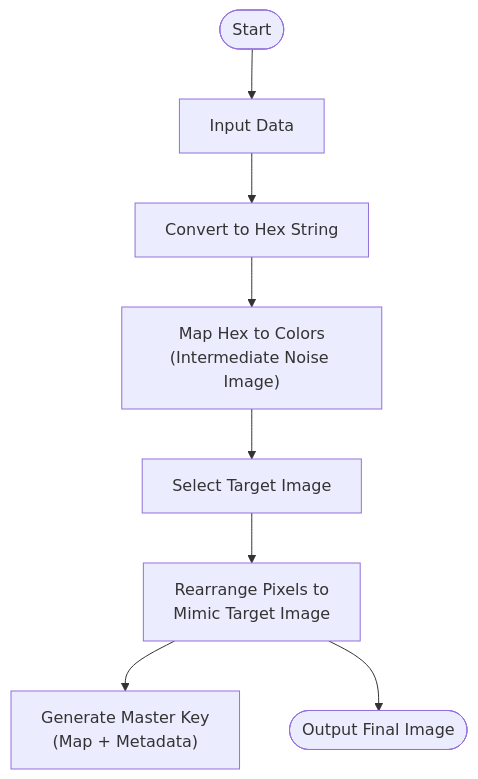
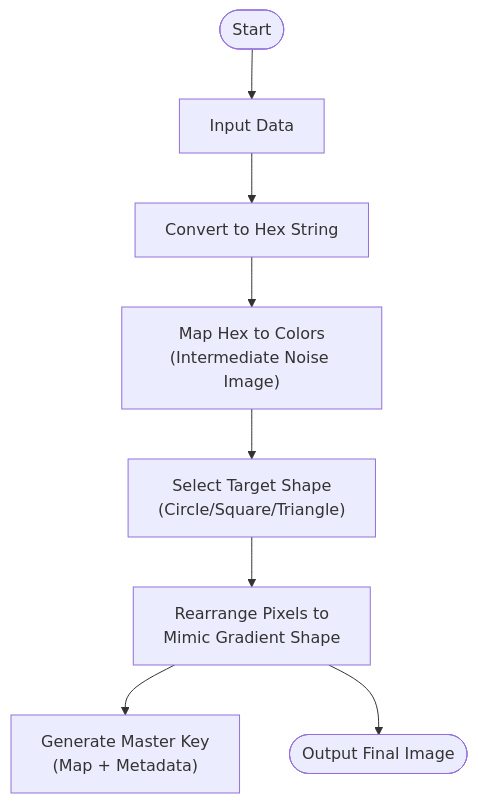
Before and after one commit to shadowforce78/VisualEncryption: the first of 2 diagrams in PoC.md, drawn with Mermaid. The commit also changed other lines of this file, not shown here.

````diff
--- a/PoC.md
+++ b/PoC.md
@@ -11,10 +11,10 @@
 ```mermaid
 flowchart TD
     A([Start]) --> B[Input Data]
     B --> C[Convert to Hex String]
     C --> D["Map Hex to Colors\n(Intermediate Noise Image)"]
-    D --> E[Select Target Image]
-    E --> F["Rearrange Pixels to\nMimic Target Image"]
+    D --> E["Select Target Shape\n(Circle/Square/Triangle)"]
+    E --> F["Rearrange Pixels to\nMimic Gradient Shape"]
     F --> G["Generate Master Key\n(Map + Metadata)"]
     F --> H([Output Final Image])
 ```
````
